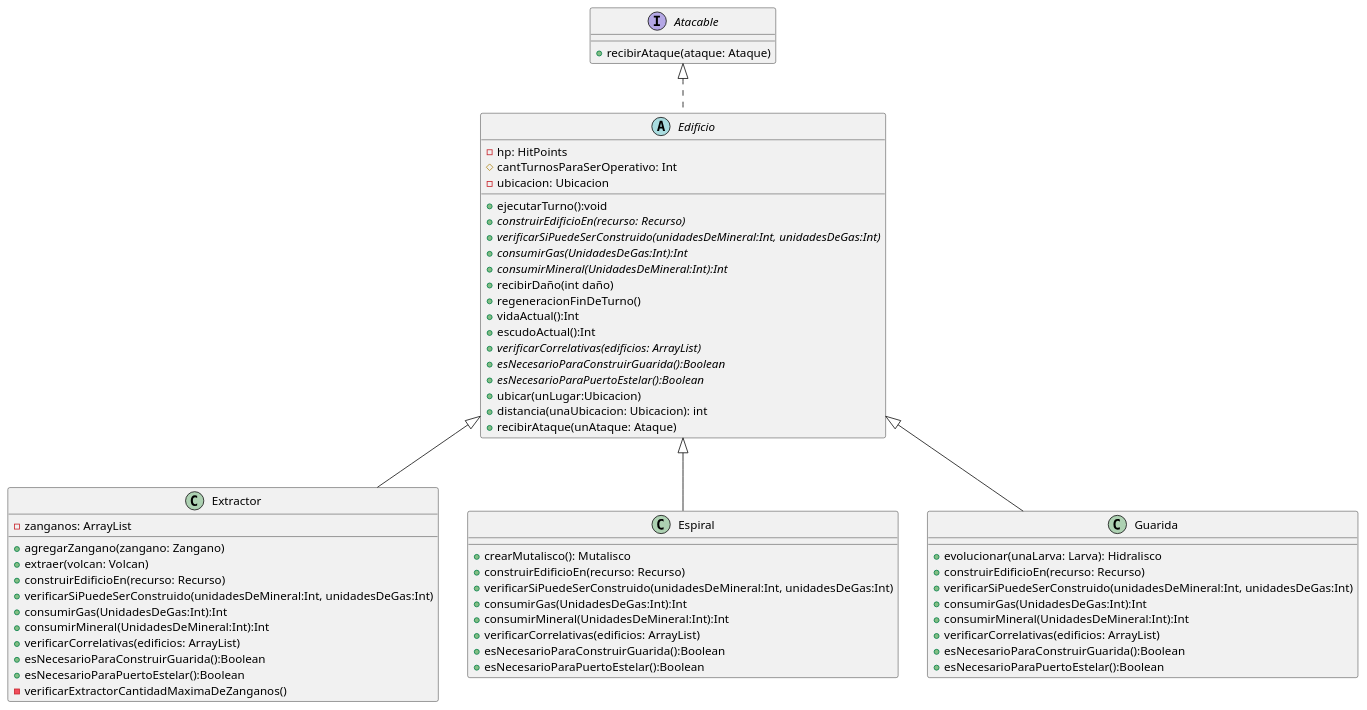
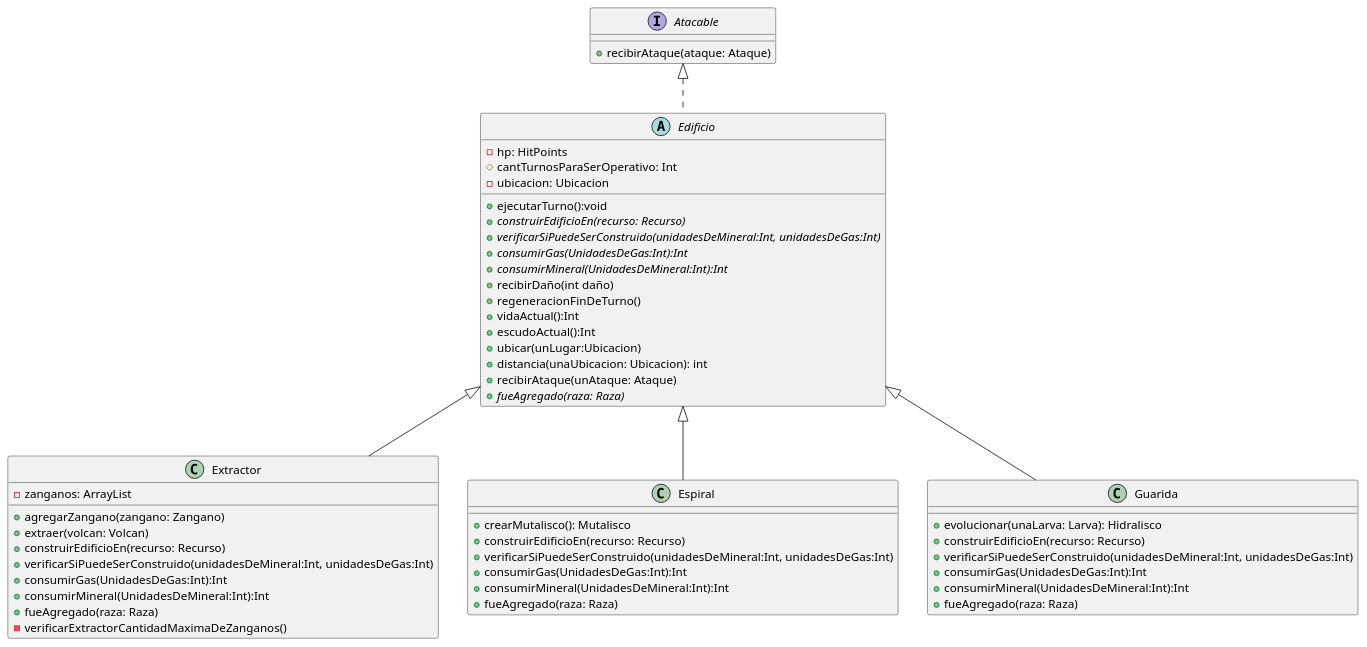
Before and after one commit to nicolasgirardi/algo3_TP2_AlgoStar: the diagram in diagrams/classes/EdificiosZerg2.puml, drawn with PlantUML. The commit also changed 3 other files, not shown here.

Commit message:
actualizo los diagramas de edificios

```diff
--- a/diagrams/classes/EdificiosZerg2.puml
+++ b/diagrams/classes/EdificiosZerg2.puml
@@ -1,73 +1,65 @@
 @startuml
 'https://plantuml.com/class-diagram
 
 abstract class Edificio {
     -hp: HitPoints
     #cantTurnosParaSerOperativo: Int
     -ubicacion: Ubicacion
     +ejecutarTurno():void
     + {abstract} construirEdificioEn(recurso: Recurso)
     + {abstract} verificarSiPuedeSerConstruido(unidadesDeMineral:Int, unidadesDeGas:Int)
     + {abstract} consumirGas(UnidadesDeGas:Int):Int
     + {abstract} consumirMineral(UnidadesDeMineral:Int):Int
     +recibirDaño(int daño)
     +regeneracionFinDeTurno()
     +vidaActual():Int
     +escudoActual():Int
-    + {abstract} verificarCorrelativas(edificios: ArrayList)
-    + {abstract} esNecesarioParaConstruirGuarida():Boolean
-    + {abstract} esNecesarioParaPuertoEstelar():Boolean
     + ubicar(unLugar:Ubicacion)
     + distancia(unaUbicacion: Ubicacion): int
     +recibirAtaque(unAtaque: Ataque)
+    + {abstract} fueAgregado(raza: Raza)
 }
 
 class Extractor{
 
     -zanganos: ArrayList
 
     +agregarZangano(zangano: Zangano)
     +extraer(volcan: Volcan)
     +construirEdificioEn(recurso: Recurso)
     +verificarSiPuedeSerConstruido(unidadesDeMineral:Int, unidadesDeGas:Int)
     + consumirGas(UnidadesDeGas:Int):Int
     + consumirMineral(UnidadesDeMineral:Int):Int
-    + verificarCorrelativas(edificios: ArrayList)
-    + esNecesarioParaConstruirGuarida():Boolean
-    + esNecesarioParaPuertoEstelar():Boolean
+    + fueAgregado(raza: Raza)
     -verificarExtractorCantidadMaximaDeZanganos()
 }
 
 class Espiral{
 
     +crearMutalisco(): Mutalisco
     +construirEdificioEn(recurso: Recurso)
     +verificarSiPuedeSerConstruido(unidadesDeMineral:Int, unidadesDeGas:Int)
     + consumirGas(UnidadesDeGas:Int):Int
     + consumirMineral(UnidadesDeMineral:Int):Int
-    + verificarCorrelativas(edificios: ArrayList)
-    + esNecesarioParaConstruirGuarida():Boolean
-    + esNecesarioParaPuertoEstelar():Boolean
+    + fueAgregado(raza: Raza)
 }
 
 class Guarida{
 
     +evolucionar(unaLarva: Larva): Hidralisco
     +construirEdificioEn(recurso: Recurso)
     +verificarSiPuedeSerConstruido(unidadesDeMineral:Int, unidadesDeGas:Int)
     + consumirGas(UnidadesDeGas:Int):Int
     + consumirMineral(UnidadesDeMineral:Int):Int
-    + verificarCorrelativas(edificios: ArrayList)
-    + esNecesarioParaConstruirGuarida():Boolean
-    + esNecesarioParaPuertoEstelar():Boolean
+    + fueAgregado(raza: Raza)
 }
 interface Atacable {
     +recibirAtaque(ataque: Ataque)
 }
 
 Edificio <|-- Extractor
 Edificio <|-- Espiral
 Edificio <|-- Guarida
 Atacable <|.. Edificio
 
 @enduml
```
